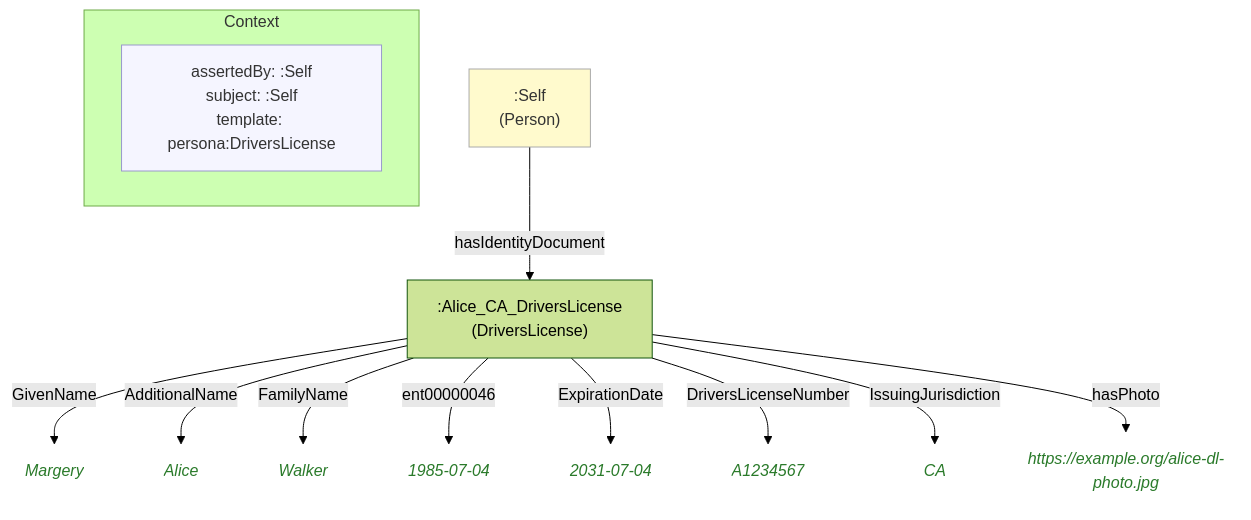
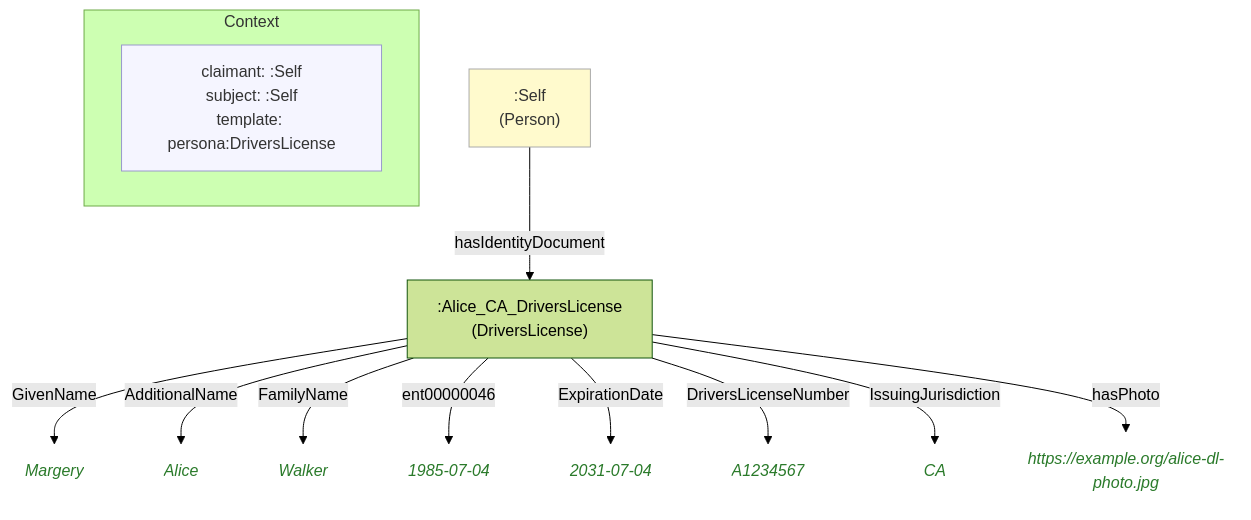
Before and after one commit to MeeFoundation/mia-ontologies: the diagram in example/contexts/images/self.self(california-dmv)(state)(15).mmd, drawn with Mermaid (forest theme). The commit also changed 109 other files, not shown here.

First line of the commit message:
Rename context:assertedBy to context:claimant

```diff
--- a/example/contexts/images/self.self(california-dmv)(state)(15).mmd
+++ b/example/contexts/images/self.self(california-dmv)(state)(15).mmd
@@ -1,32 +1,32 @@
 flowchart TD
     classDef person fill:#fffacd,stroke:#aaa,color:#333
     classDef grp    fill:#d4edda,stroke:#aaa,color:#333
     classDef org    fill:#cce5ff,stroke:#aaa,color:#333
     classDef lit    fill:none,stroke:none,font-style:italic,color:#2a7a2a
     classDef meta   fill:#f5f5ff,stroke:#9999cc,color:#333
 
     subgraph ctx["Context"]
         direction LR
-        ctx_meta["assertedBy: :Self\nsubject: :Self\ntemplate: persona:DriversLicense"]:::meta
+        ctx_meta["claimant: :Self\nsubject: :Self\ntemplate: persona:DriversLicense"]:::meta
     end
 
     naafab809f865[":Alice_CA_DriversLicense\n(DriversLicense)"]
-    n4c6b892d7331("Margery"):::lit
-    n853e081650fb("Alice"):::lit
-    nbbbd5b7f7891("Walker"):::lit
-    n308789817a1c("1985-07-04"):::lit
-    n1c6a5f865758("2031-07-04"):::lit
-    n2e855cd6ec6b("A1234567"):::lit
-    ned83ab143913("CA"):::lit
+    n20bf998f3ae6("Margery"):::lit
+    n41ffbabcad7f("Alice"):::lit
+    nd15b273b9af9("Walker"):::lit
+    n38f02dc0eca2("1985-07-04"):::lit
+    n6314f77365a6("2031-07-04"):::lit
+    n9f23ff7c8391("A1234567"):::lit
+    n3fa28853438b("CA"):::lit
     n2d7288ec7ae7("https://example.org/alice-dl-photo.jpg"):::lit
     ne0c3ba92f1db[":Self\n(Person)"]:::person
 
-    naafab809f865 -->|"GivenName"| n4c6b892d7331
-    naafab809f865 -->|"AdditionalName"| n853e081650fb
-    naafab809f865 -->|"FamilyName"| nbbbd5b7f7891
-    naafab809f865 -->|"ent00000046"| n308789817a1c
-    naafab809f865 -->|"ExpirationDate"| n1c6a5f865758
-    naafab809f865 -->|"DriversLicenseNumber"| n2e855cd6ec6b
-    naafab809f865 -->|"IssuingJurisdiction"| ned83ab143913
+    naafab809f865 -->|"GivenName"| n20bf998f3ae6
+    naafab809f865 -->|"AdditionalName"| n41ffbabcad7f
+    naafab809f865 -->|"FamilyName"| nd15b273b9af9
+    naafab809f865 -->|"ent00000046"| n38f02dc0eca2
+    naafab809f865 -->|"ExpirationDate"| n6314f77365a6
+    naafab809f865 -->|"DriversLicenseNumber"| n9f23ff7c8391
+    naafab809f865 -->|"IssuingJurisdiction"| n3fa28853438b
     naafab809f865 -->|"hasPhoto"| n2d7288ec7ae7
     ne0c3ba92f1db -->|"hasIdentityDocument"| naafab809f865
```
